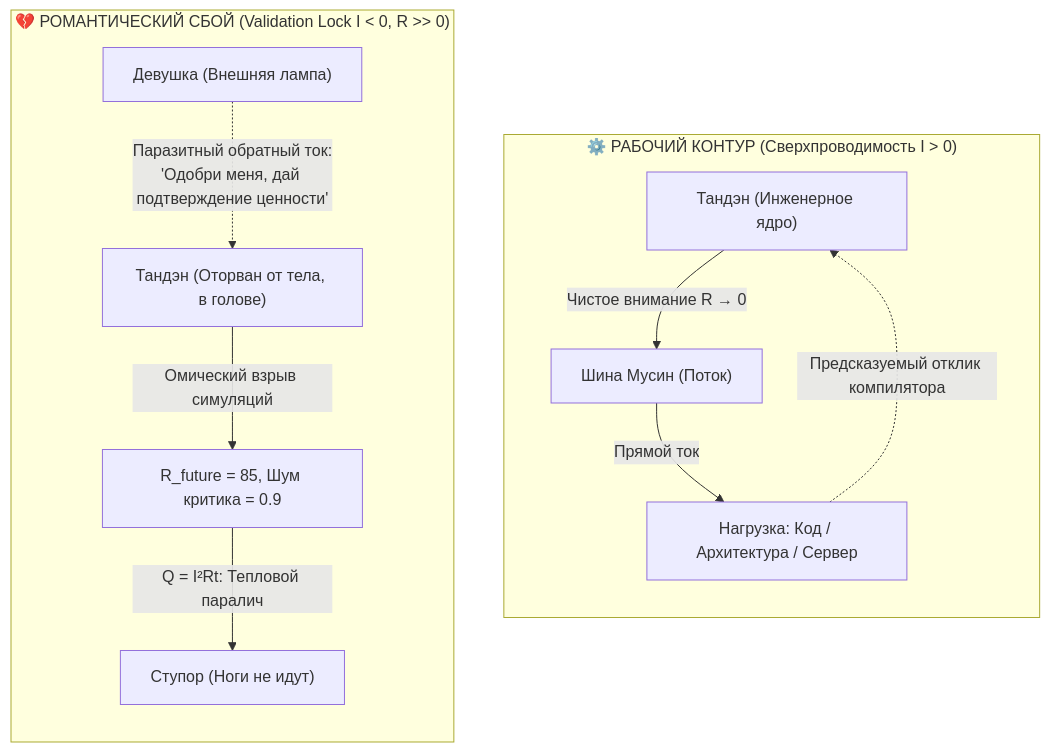
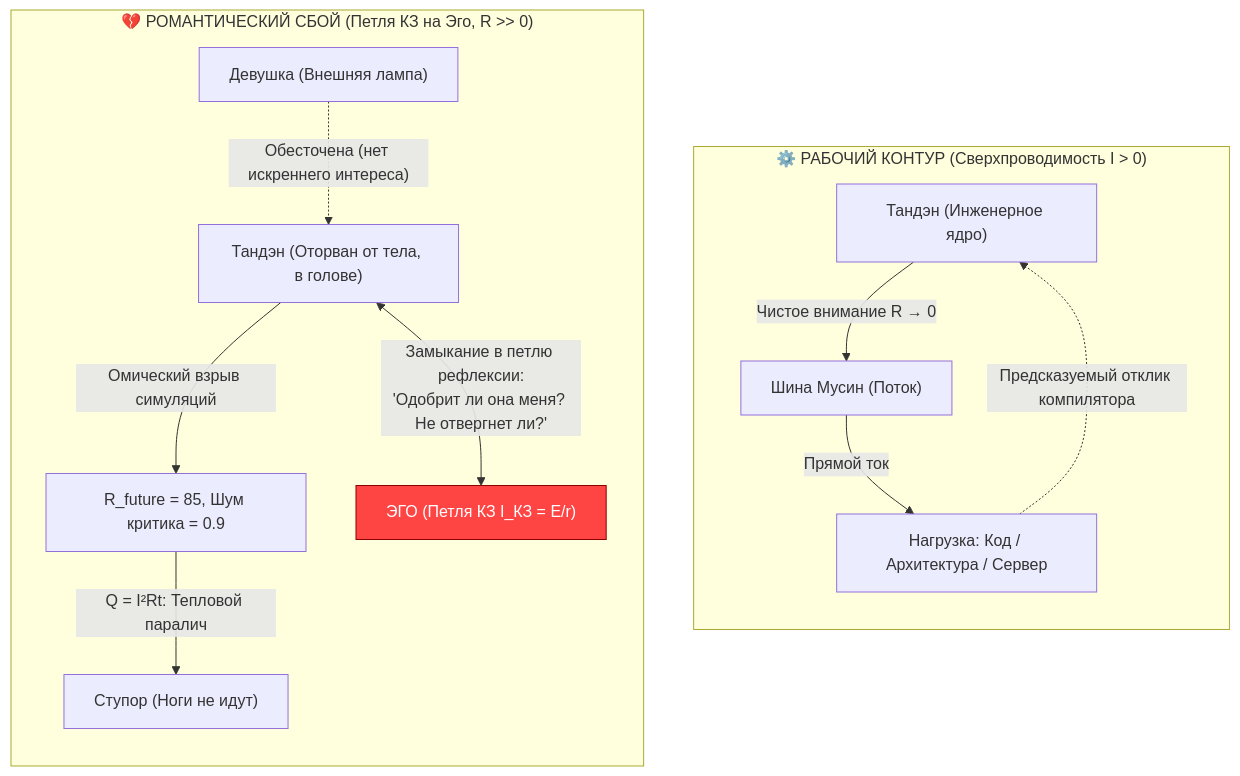
The first of 2 diagrams in wiki/09-case-study-engineer-romance-approach.md (vsanyanov-ux/inner-current), drawn with Mermaid before and after one commit. The commit also changed other lines of this file and 81 other files, not shown here.

Commit message:
feat(core): v1.4.0 - Zen architecture refactoring, pure physics engine, telemetry validation and domain registries

````diff
--- a/wiki/09-case-study-engineer-romance-approach.md
+++ b/wiki/09-case-study-engineer-romance-approach.md
@@ -41,16 +41,18 @@
 ```mermaid
 flowchart TD
     subgraph CircuitA ["⚙️ РАБОЧИЙ КОНТУР (Сверхпроводимость I > 0)"]
         direction TB
         TA["Тандэн (Инженерное ядро)"] -->|Чистое внимание R → 0| BusA["Шина Мусин (Поток)"]
         BusA -->|Прямой ток| Code["Нагрузка: Код / Архитектура / Сервер"]
         Code -.->|Предсказуемый отклик компилятора| TA
     end
 
-    subgraph CircuitB ["💔 РОМАНТИЧЕСКИЙ СБОЙ (Validation Lock I < 0, R >> 0)"]
+    subgraph CircuitB ["💔 РОМАНТИЧЕСКИЙ СБОЙ (Петля КЗ на Эго, R >> 0)"]
         direction TB
         TB["Тандэн (Оторван от тела, в голове)"] -->|Омический взрыв симуляций| BusB["R_future = 85, Шум критика = 0.9"]
         BusB -->|Q = I²Rt: Тепловой паралич| Stall["Ступор (Ноги не идут)"]
-        Girl["Девушка (Внешняя лампа)"] -.->|"Паразитный обратный ток:<br/>'Одобри меня, дай подтверждение ценности'"| TB
+        TB <-->|"Замыкание в петлю рефлексии:<br/>'Одобрит ли она меня? Не отвергнет ли?'"| EgoB["ЭГО (Петля КЗ I_КЗ = E/r)"]
+        Girl["Девушка (Внешняя лампа)"] -. "Обесточена (нет искреннего интереса)" .-> TB
+        style EgoB fill:#ff4444,stroke:#880000,color:#ffffff
     end
 ```
````
